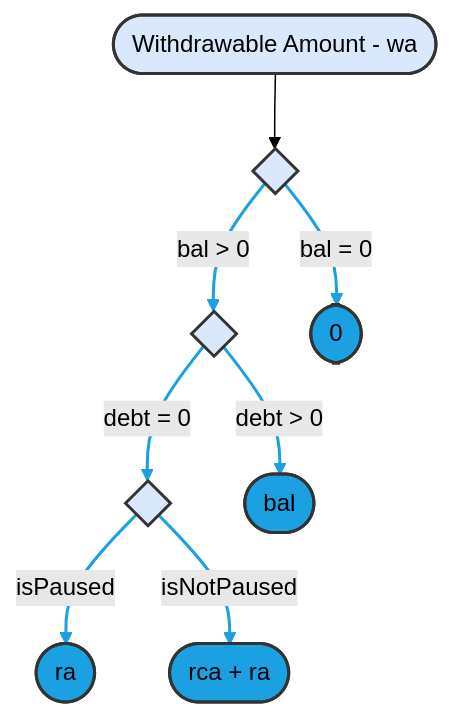
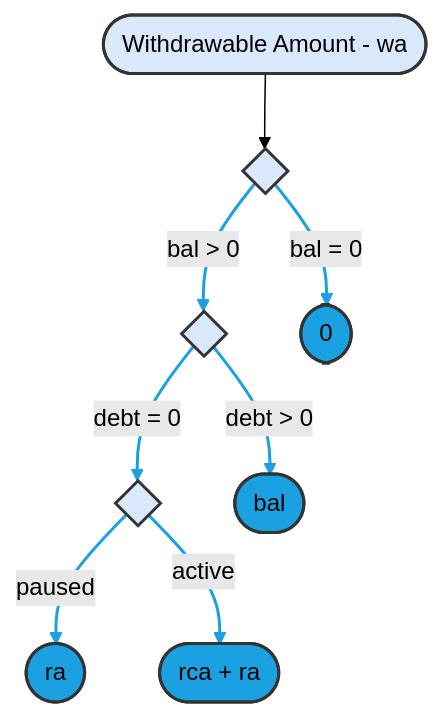
Before and after one commit to sablier-labs/flow: diagram 11 of 13 in diagrams.md, drawn with Mermaid (forest theme). The commit also changed other lines of this file, not shown here.

Commit message:
docs: add transition diagrams

````diff
--- a/diagrams.md
+++ b/diagrams.md
@@ -120,24 +251,24 @@
 ```mermaid
 flowchart TD
     di0{ }:::blue0
     di1{ }:::blue0
     di2{ }:::blue0
     wa([Withdrawable Amount - wa]):::blue0
     res_0([0 ]):::blue1
     res_bal([bal]):::blue1
     res_ra([ra]):::blue1
     res_sum([rca + ra]):::blue1
 
 
     wa --> di0
     di0 -- "bal = 0" --> res_0
     di0 -- "bal > 0" --> di1
     di1 -- "debt > 0" --> res_bal
     di1 -- "debt = 0" --> di2
-    di2 -- "isPaused" --> res_ra
-    di2 -- "isNotPaused" --> res_sum
+    di2 -- "paused" --> res_ra
+    di2 -- "active" --> res_sum
 
     classDef blue0 fill:#DAE8FC,stroke:#333,stroke-width:2px;
     classDef blue1 fill:#1BA1E2,stroke:#333,stroke-width:2px;
     linkStyle 1,2,3,4,5,6 stroke:#1BA1E2,stroke-width:2px
 ```
````
